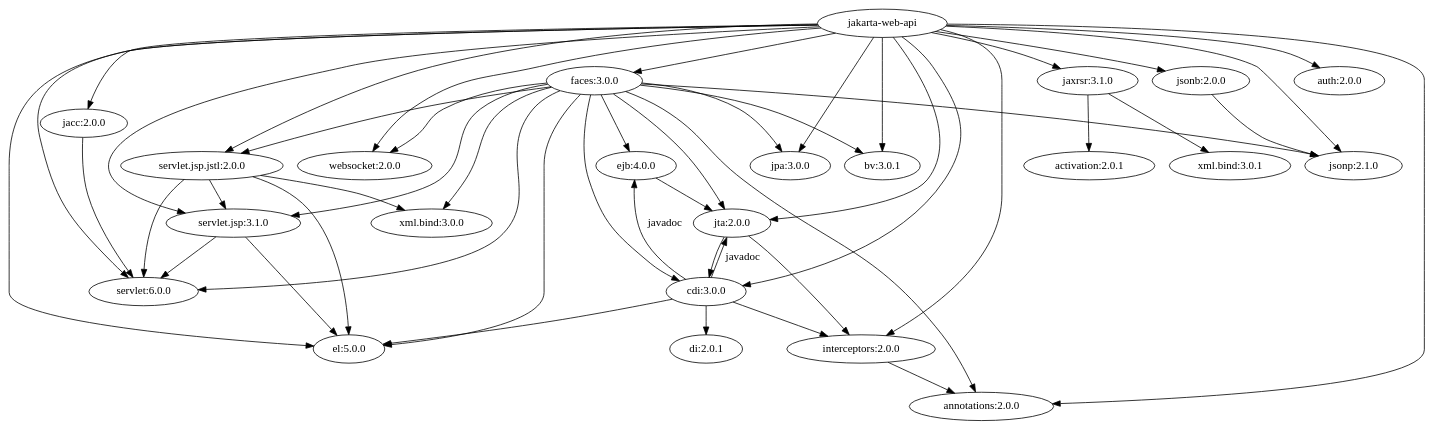
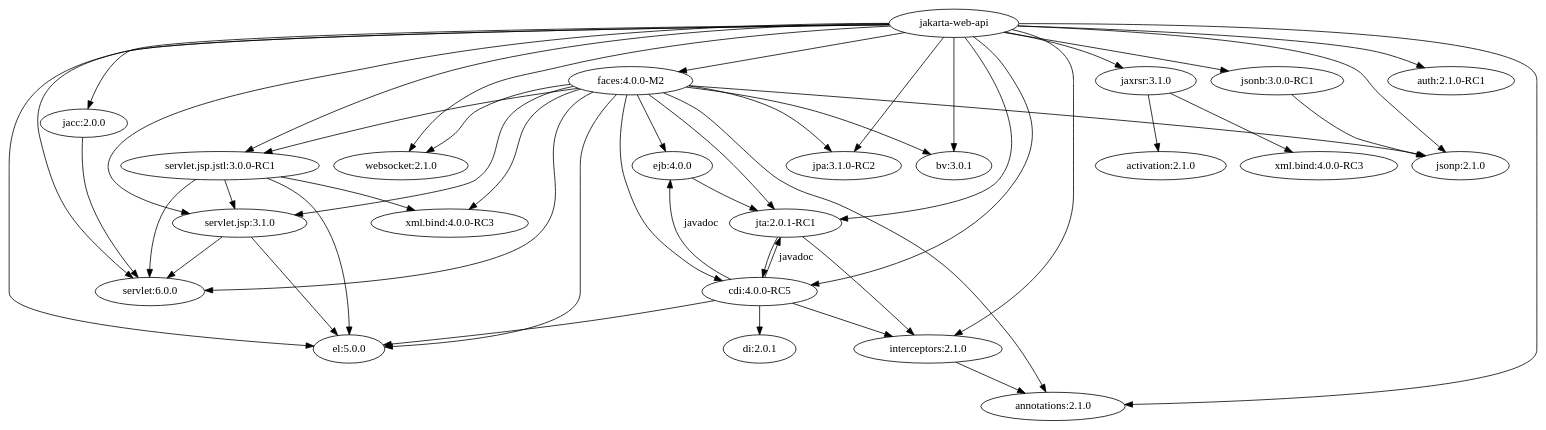
The diagram in specification/src/main/asciidoc/web-dependencies.adoc (jakartaee/platform), drawn with Graphviz before and after one commit.

Commit message:
Update web profile dependencies to latest versions

```diff
--- a/specification/src/main/asciidoc/web-dependencies.adoc
+++ b/specification/src/main/asciidoc/web-dependencies.adoc
@@ -9,25 +9,25 @@
 servlet [label="servlet:6.0.0"];
 jsp [label="servlet.jsp:3.1.0"];
 el [label="el:5.0.0"];
-jstl [label="servlet.jsp.jstl:2.0.0"];
-jaxb [label="xml.bind:3.0.0"];
-faces [label="faces:3.0.0"];
+jstl [label="servlet.jsp.jstl:3.0.0-RC1"];
+jaxb [label="xml.bind:4.0.0-RC3"];
+faces [label="faces:4.0.0-M2"];
 jaxrs [label="jaxrsr:3.1.0"]
-websocket [label="websocket:2.0.0"];
+websocket [label="websocket:2.1.0"];
 jsonp [label="jsonp:2.1.0"];
-jsonb [label="jsonb:2.0.0"];
-annotations [label="annotations:2.0.0"];
+jsonb [label="jsonb:3.0.0-RC1"];
+annotations [label="annotations:2.1.0"];
 ejb [label="ejb:4.0.0"];
-jta [label="jta:2.0.0"];
-jpa [label="jpa:3.0.0"];
+jta [label="jta:2.0.1-RC1"];
+jpa [label="jpa:3.1.0-RC2"];
 bv [label="bv:3.0.1"];
-interceptors [label="interceptors:2.0.0"];
-cdi [label="cdi:3.0.0"];
+interceptors [label="interceptors:2.1.0"];
+cdi [label="cdi:4.0.0-RC5"];
 di [label="di:2.0.1"];
-auth [label="auth:2.0.0"];
+auth [label="auth:2.1.0-RC1"];
 jacc [label="jacc:2.0.0"];
-xml_bind [label="xml.bind:3.0.1"];
-activation [label="activation:2.0.1"];
+xml_bind [label="xml.bind:4.0.0-RC3"];
+activation [label="activation:2.1.0"];
 
 wp -> servlet;
 wp -> jsp;
```
